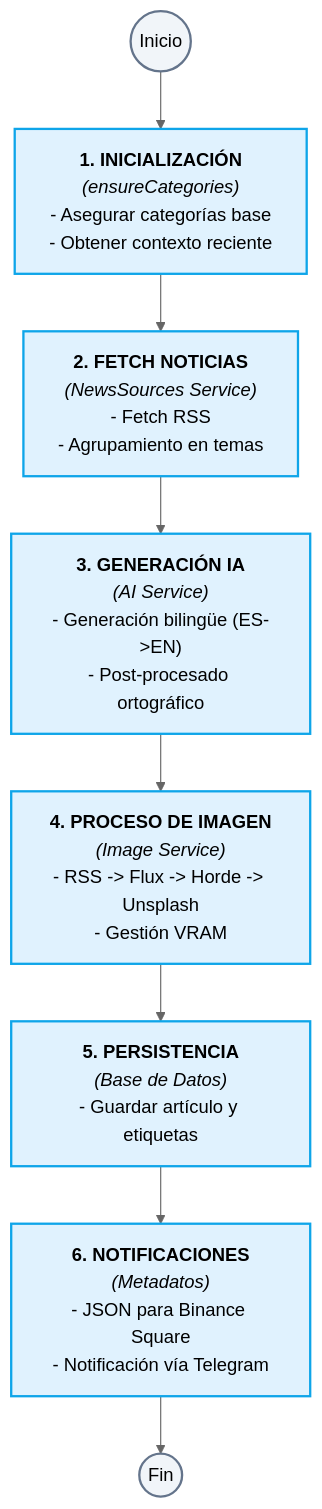
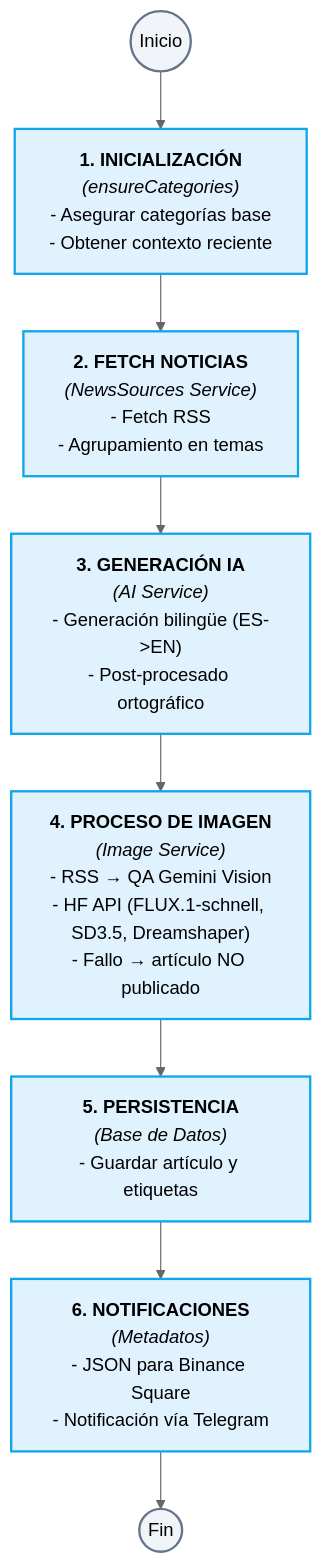
One commit to CarlosEmerito/EmeDotEme changed the first of 2 diagrams in docs/04 - Flujos de Trabajo.md. Above: the diagram before and after it, drawn with Mermaid (neutral theme). The commit also changed other lines of this file and 2 other files, not shown here.

Commit message:
docs: actualizar flujos de imagen, hashtags dinámicos y troubleshooting HF

````diff
--- a/docs/04 - Flujos de Trabajo.md
+++ b/docs/04 - Flujos de Trabajo.md
@@ -21,22 +21,22 @@
 ```mermaid
 graph TD
     classDef init fill:#f1f5f9,stroke:#64748b,stroke-width:2px;
     classDef step fill:#e0f2fe,stroke:#0ea5e9,stroke-width:2px;
     classDef alert fill:#fef3c7,stroke:#f59e0b,stroke-width:2px;
 
     Start((Inicio)):::init --> Step1
     
     Step1["<b>1. INICIALIZACIÓN</b><br/><i>(ensureCategories)</i><br/>- Asegurar categorías base<br/>- Obtener contexto reciente"]:::step --> Step2
     
     Step2["<b>2. FETCH NOTICIAS</b><br/><i>(NewsSources Service)</i><br/>- Fetch RSS<br/>- Agrupamiento en temas"]:::step --> Step3
     
     Step3["<b>3. GENERACIÓN IA</b><br/><i>(AI Service)</i><br/>- Generación bilingüe (ES->EN)<br/>- Post-procesado ortográfico"]:::step --> Step4
     
-    Step4["<b>4. PROCESO DE IMAGEN</b><br/><i>(Image Service)</i><br/>- RSS -> Flux -> Horde -> Unsplash<br/>- Gestión VRAM"]:::step --> Step5
+    Step4["<b>4. PROCESO DE IMAGEN</b><br/><i>(Image Service)</i><br/>- RSS → QA Gemini Vision<br/>- HF API (FLUX.1-schnell, SD3.5, Dreamshaper)<br/>- Fallo → artículo NO publicado"]:::step --> Step5
     
     Step5["<b>5. PERSISTENCIA</b><br/><i>(Base de Datos)</i><br/>- Guardar artículo y etiquetas"]:::step --> Step6
     
     Step6["<b>6. NOTIFICACIONES</b><br/><i>(Metadatos)</i><br/>- JSON para Binance Square<br/>- Notificación vía Telegram"]:::step
     
     Step6 --> End((Fin)):::init
 ```
````
